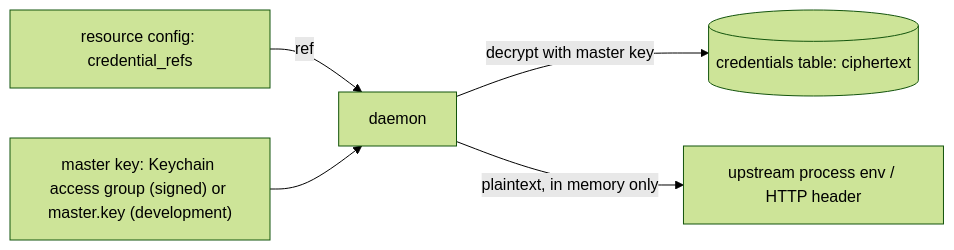
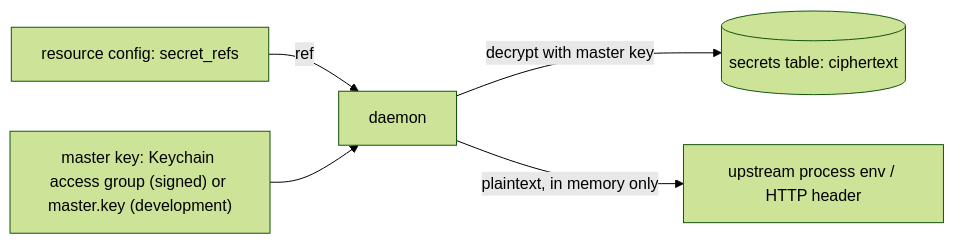
One commit to wyx-sg/Coffer changed the diagram in docs-site/guides/secret-store.md. Above: the diagram before and after it, drawn with Mermaid (forest theme). The commit also changed other lines of this file and 584 other files, not shown here.

First line of the commit message:
refactor(secret): rename every internal credential name to secret

````diff
--- a/docs-site/guides/secret-store.md
+++ b/docs-site/guides/secret-store.md
@@ -19,7 +19,7 @@
 ```mermaid
 flowchart LR
-    CFG["resource config: credential_refs"] -->|ref| D["daemon"]
-    D -->|decrypt with master key| DB[("credentials table: ciphertext")]
+    CFG["resource config: secret_refs"] -->|ref| D["daemon"]
+    D -->|decrypt with master key| DB[("secrets table: ciphertext")]
     D -->|plaintext, in memory only| UP["upstream process env / HTTP header"]
     MK["master key: Keychain access group (signed) or master.key (development)"] --> D
 ```
````
